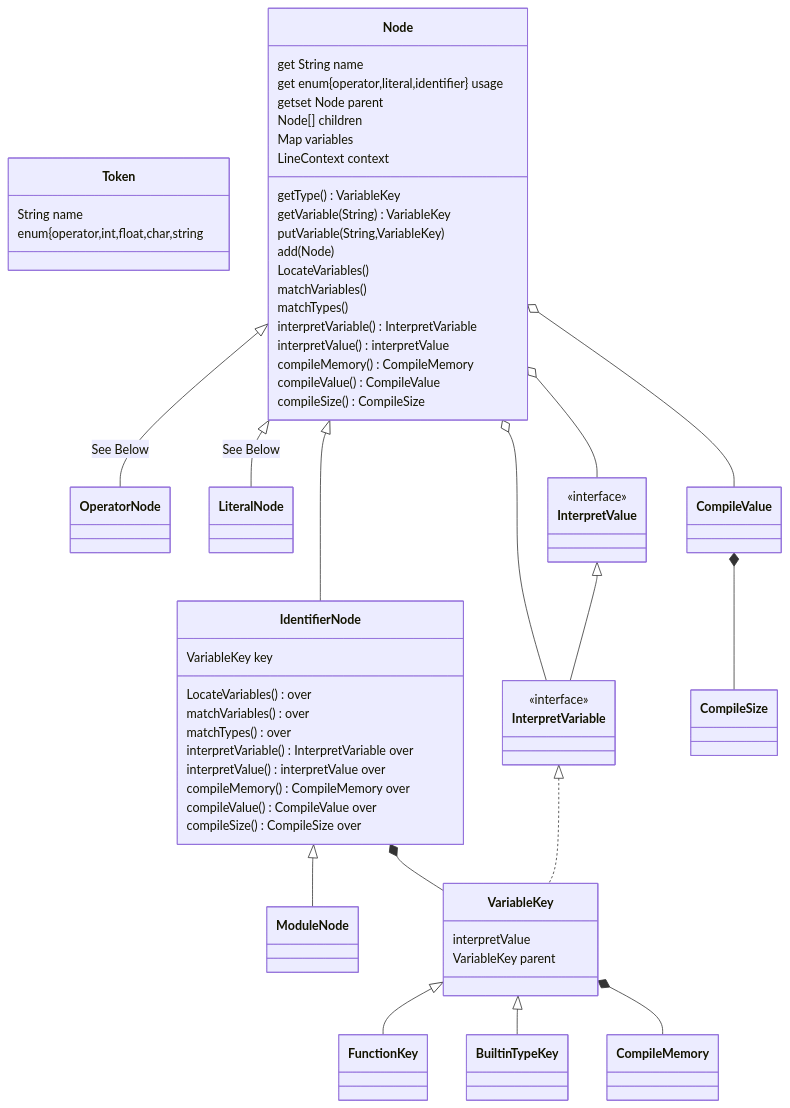
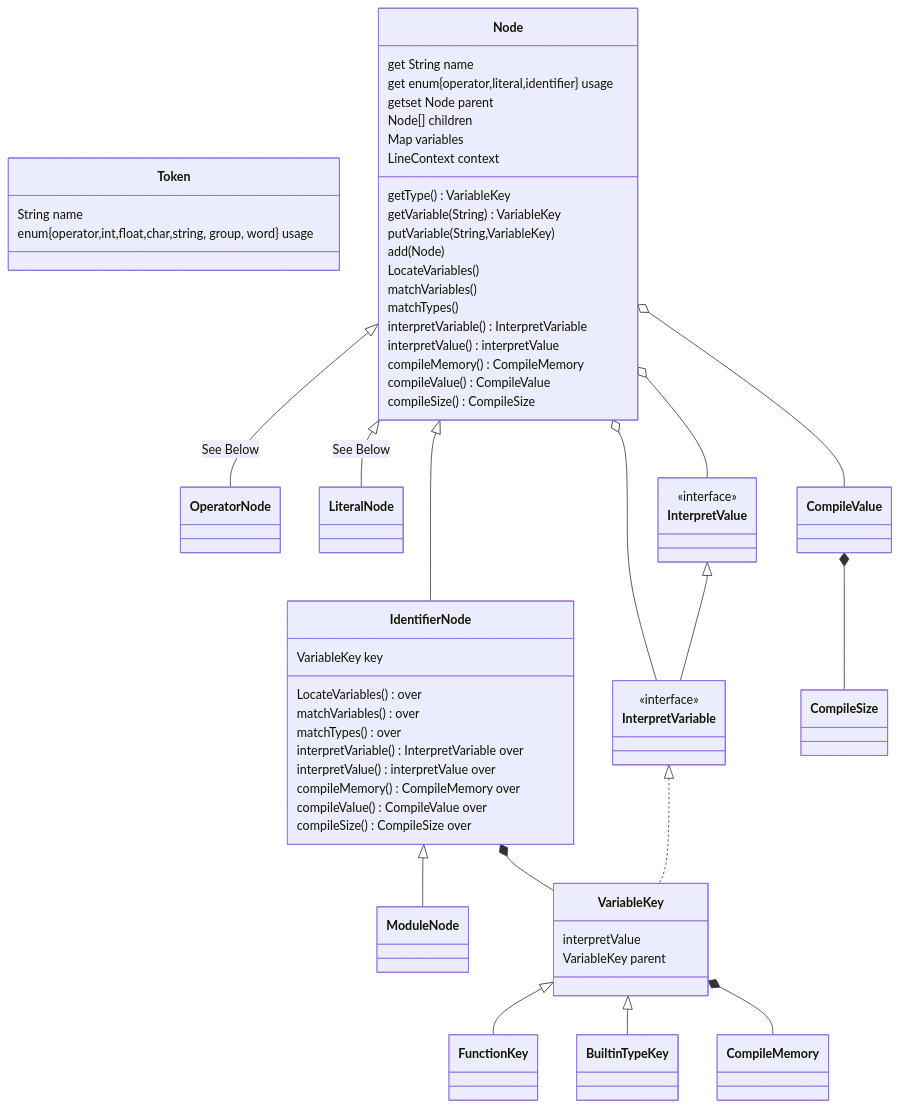
Before and after one commit to Jzhyang1/Monomer: the first of 4 diagrams in README.md, drawn with Mermaid. The commit also changed other lines of this file, not shown here.

````diff
--- a/README.md
+++ b/README.md
@@ -239,57 +239,57 @@
 ```mermaid
 classDiagram
 class Token
 
 Node <|-- OperatorNode: See Below
 Node <|-- LiteralNode: See Below
 Node <|-- IdentifierNode
 Node o-- InterpretVariable
 Node o-- InterpretValue
 IdentifierNode <|-- ModuleNode
 IdentifierNode *-- VariableKey
 VariableKey <|-- FunctionKey
 VariableKey <|-- BuiltinTypeKey
 VariableKey *-- CompileMemory
 InterpretValue <|-- InterpretVariable
 InterpretVariable <|.. VariableKey
 CompileValue *-- CompileSize
 Node o-- CompileValue
 
 Token: String name
-Token: enum{operator,int,float,char,string
+Token: enum{operator,int,float,char,string, group, word} usage
 
 Node: get String name
 Node: get enum{operator,literal,identifier} usage
 Node: getset Node parent
 Node: Node[] children
 Node: Map<String, VariableKey> variables
 Node: LineContext context
 Node: getType() VariableKey
 Node: getVariable(String) VariableKey
 Node: putVariable(String,VariableKey)
 Node: add(Node)
 Node: LocateVariables()
 Node: matchVariables()
 Node: matchTypes()
 Node: interpretVariable() InterpretVariable
 Node: interpretValue() interpretValue
 Node: compileMemory() CompileMemory
 Node: compileValue() CompileValue
 Node: compileSize() CompileSize
 
 IdentifierNode: VariableKey key
 IdentifierNode: LocateVariables() over
 IdentifierNode: matchVariables() over
 IdentifierNode: matchTypes() over
 IdentifierNode: interpretVariable() InterpretVariable over
 IdentifierNode: interpretValue() interpretValue over
 IdentifierNode: compileMemory() CompileMemory over
 IdentifierNode: compileValue() CompileValue over
 IdentifierNode: compileSize() CompileSize over
 
 <<interface>> InterpretValue
 <<interface>> InterpretVariable
 
 VariableKey: interpretValue
 VariableKey: VariableKey parent
 ```
````
